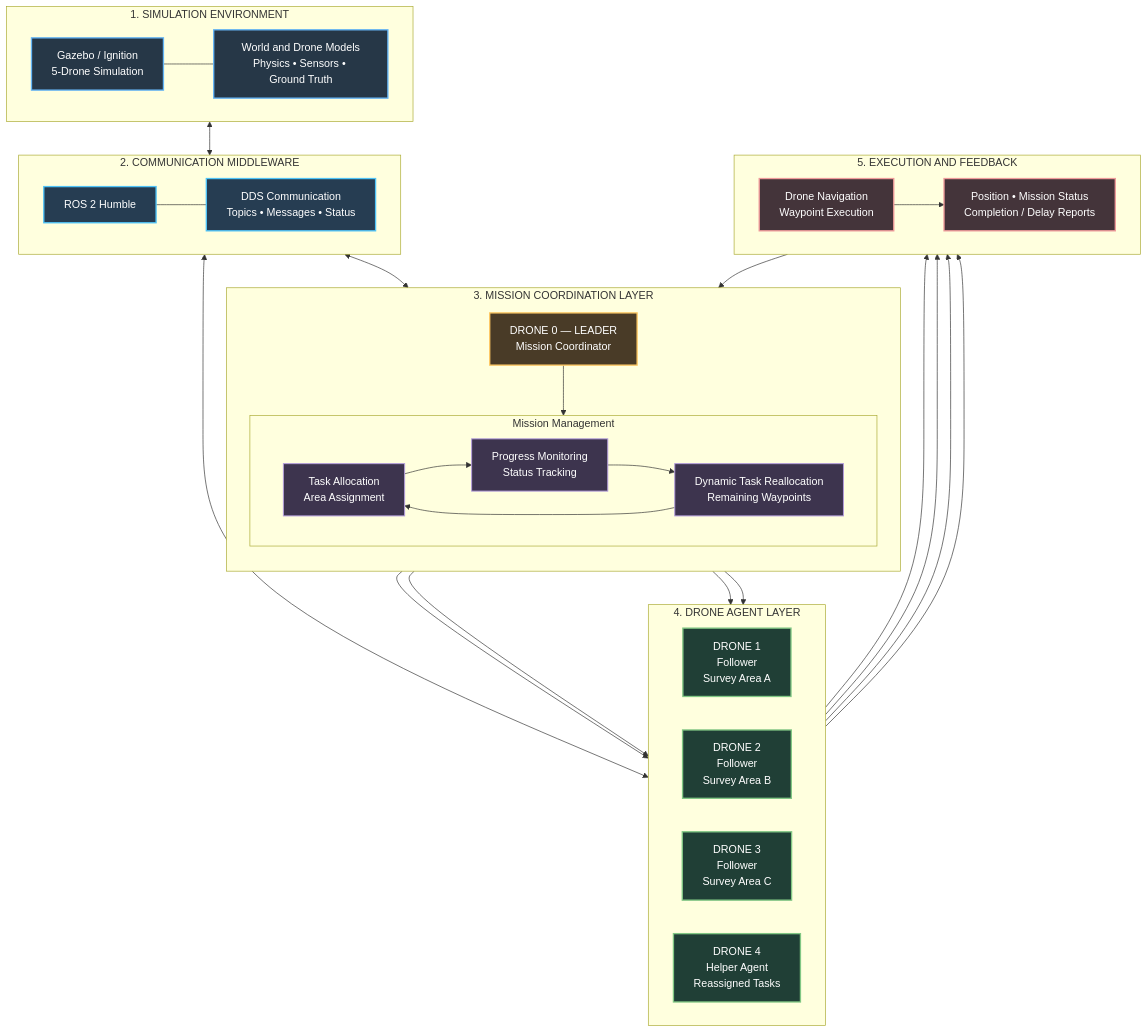
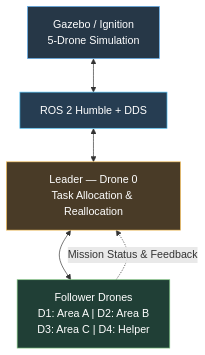
The diagram in README.md (rishivexe-alt/AeroNexus), drawn with Mermaid before and after one commit. The commit also changed other lines of this file, not shown here.

````diff
--- a/README.md
+++ b/README.md
@@ -76,91 +74,17 @@
 ```mermaid
-flowchart TB
+flowchart TD
+    A["Gazebo / Ignition<br/>5-Drone Simulation"]
+    B["ROS 2 Humble + DDS"]
+    C["Leader — Drone 0<br/>Task Allocation & Reallocation"]
+    D["Follower Drones<br/>D1: Area A | D2: Area B<br/>D3: Area C | D4: Helper"]
 
-    %% SIMULATION LAYER
-    subgraph SIM["1. SIMULATION ENVIRONMENT"]
-        direction LR
-        GZ["Gazebo / Ignition<br/>5-Drone Simulation"]
-        WORLD["World and Drone Models<br/>Physics • Sensors • Ground Truth"]
-        GZ --- WORLD
-    end
+    A <--> B
+    B <--> C
+    C <--> D
+    D -. "Mission Status & Feedback" .-> C
 
-    %% COMMUNICATION LAYER
-    subgraph COMM["2. COMMUNICATION MIDDLEWARE"]
-        direction LR
-        ROS["ROS 2 Humble"]
-        DDS["DDS Communication<br/>Topics • Messages • Status"]
-        ROS --- DDS
-    end
-
-    %% COORDINATION LAYER
-    subgraph CTRL["3. MISSION COORDINATION LAYER"]
-        direction TB
-
-        LEADER["DRONE 0 — LEADER<br/>Mission Coordinator"]
-
-        subgraph MISSION["Mission Management"]
-            direction LR
-            ALLOC["Task Allocation<br/>Area Assignment"]
-            MON["Progress Monitoring<br/>Status Tracking"]
-            REALLOC["Dynamic Task Reallocation<br/>Remaining Waypoints"]
-        end
-
-        LEADER --> ALLOC
-        ALLOC --> MON
-        MON --> REALLOC
-        REALLOC --> ALLOC
-    end
-
-    %% AGENT LAYER
-    subgraph AGENTS["4. DRONE AGENT LAYER"]
-        direction LR
-
-        D1["DRONE 1<br/>Follower<br/>Survey Area A"]
-        D2["DRONE 2<br/>Follower<br/>Survey Area B"]
-        D3["DRONE 3<br/>Follower<br/>Survey Area C"]
-        D4["DRONE 4<br/>Helper Agent<br/>Reassigned Tasks"]
-    end
-
-    %% EXECUTION AND FEEDBACK
-    subgraph EXEC["5. EXECUTION AND FEEDBACK"]
-        direction LR
-        NAV["Drone Navigation<br/>Waypoint Execution"]
-        FEEDBACK["Position • Mission Status<br/>Completion / Delay Reports"]
-    end
-
-    %% INTER-LAYER CONNECTIONS
-    SIM <--> COMM
-    COMM <--> CTRL
-    COMM <--> AGENTS
-
-    %% TASK DISTRIBUTION
-    ALLOC --> D1
-    ALLOC --> D2
-    ALLOC --> D3
-    REALLOC --> D4
-
-    %% EXECUTION
-    D1 --> NAV
-    D2 --> NAV
-    D3 --> NAV
-    D4 --> NAV
-
-    %% FEEDBACK LOOP
-    NAV --> FEEDBACK
-    FEEDBACK --> MON
-
-    %% STYLING
-    classDef simulation fill:#263747,stroke:#64B5F6,color:#FFFFFF,stroke-width:2px
-    classDef middleware fill:#263D52,stroke:#4FC3F7,color:#FFFFFF,stroke-width:2px
-    classDef coordination fill:#493B27,stroke:#FFCA65,color:#FFFFFF,stroke-width:2px
-    classDef mission fill:#3D344E,stroke:#B39DDB,color:#FFFFFF,stroke-width:1.5px
-    classDef agents fill:#203F36,stroke:#81C784,color:#FFFFFF,stroke-width:2px
-    classDef execution fill:#44343A,stroke:#EF9A9A,color:#FFFFFF,stroke-width:2px
-
-    class GZ,WORLD simulation
-    class ROS,DDS middleware
-    class LEADER coordination
-    class ALLOC,MON,REALLOC mission
-    class D1,D2,D3,D4 agents
-    class NAV,FEEDBACK execution
+    style A fill:#263747,stroke:#64B5F6,color:#fff
+    style B fill:#263D52,stroke:#4FC3F7,color:#fff
+    style C fill:#493B27,stroke:#FFCA65,color:#fff
+    style D fill:#203F36,stroke:#81C784,color:#fff
 ```
````
